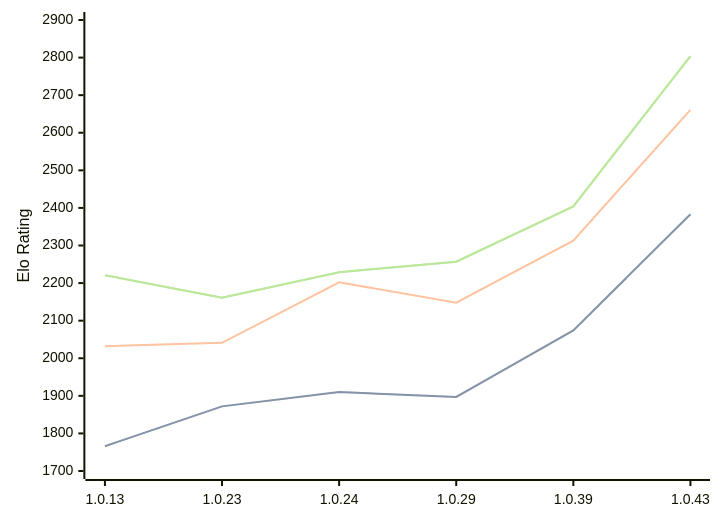
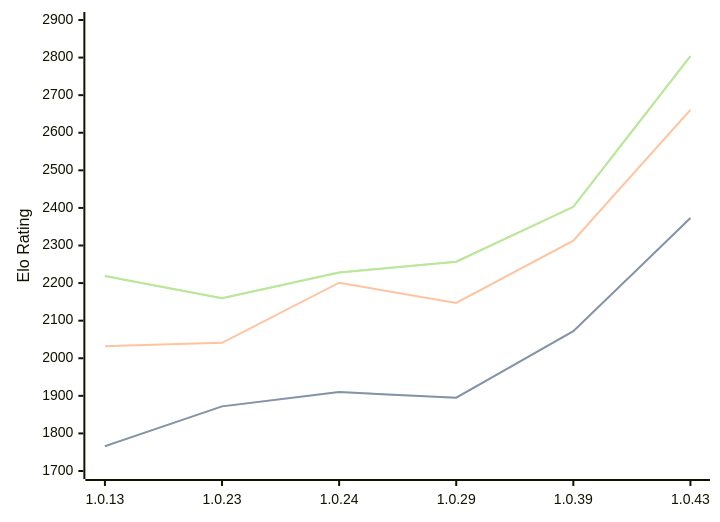
The third of 3 diagrams in engines/RustyRival.md (computer-chess-index/cci), drawn with Mermaid before and after one commit. The commit also changed other lines of this file, not shown here.

Commit message:
Update CCI Ratings (ELO VLTC) - 2026-06-27

````diff
--- a/engines/RustyRival.md
+++ b/engines/RustyRival.md
@@ -101,11 +101,11 @@
 ```mermaid
 %%{init: {"theme":"base","themeVariables":{"seriesColors:['#a3a3a3','#222221','#faa371']}}}%%
 xychart-beta
   x-axis ["1.0.13", "1.0.23", "1.0.24", "1.0.29", "1.0.39", "1.0.43"]
   y-axis "Elo Rating" 1700 --> 2900
-  line "STC (8.0+0.08s)" [1766, 1872, 1910, 1897, 2074, 2383]
-  line "STC (8.0+0.08s)" [1766, 1872, 1910, 1897, 2074, 2383]
-  line "LTC (60.0+0.60s)" [2032, 2041, 2202, 2148, 2313, 2661]
-  line "VLTC (2m24s+1.12s)" [2221, 2161, 2229, 2257, 2404, 2804]
-  line "VLTC (2m24s+1.12s)" [2221, 2161, 2229, 2257, 2404, 2804]
+  line "STC (8.0+0.08s)" [1766, 1872, 1910, 1895, 2072, 2373]
+  line "STC (8.0+0.08s)" [1766, 1872, 1910, 1895, 2072, 2373]
+  line "LTC (60.0+0.60s)" [2032, 2041, 2201, 2147, 2313, 2661]
+  line "VLTC (2m24s+1.12s)" [2219, 2160, 2228, 2257, 2403, 2804]
+  line "VLTC (2m24s+1.12s)" [2219, 2160, 2228, 2257, 2403, 2804]
 ```
````
